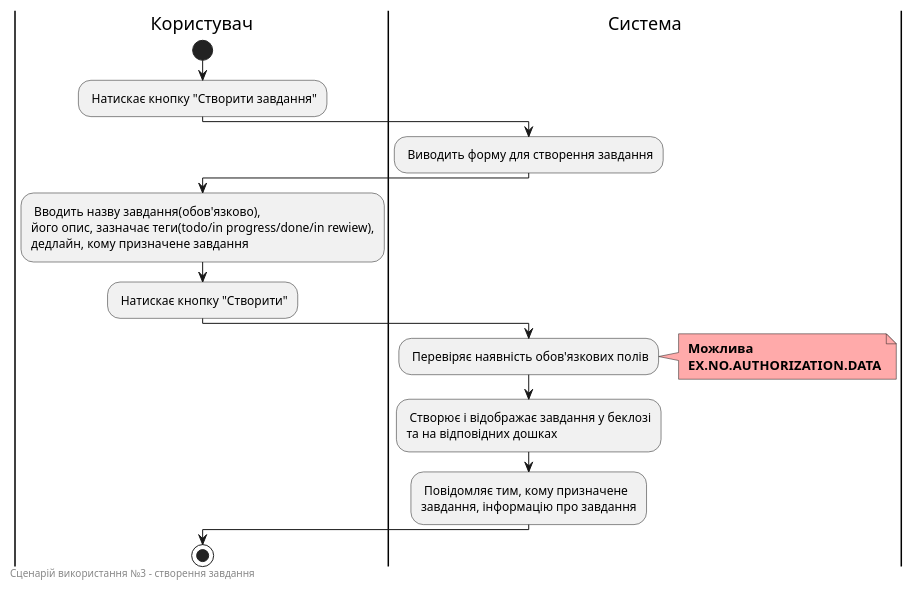
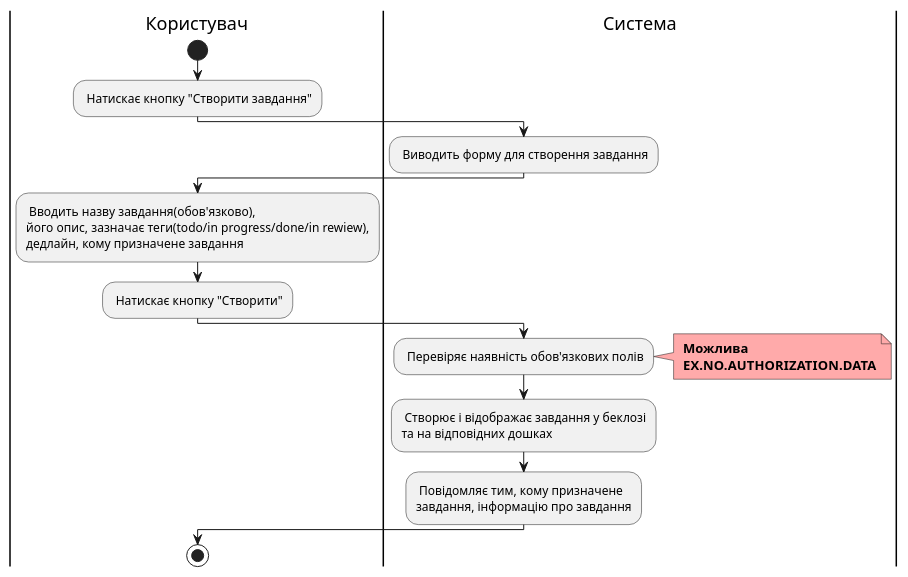
Before and after one commit to edu-db/edu_db_labs: the eighth of 15 diagrams in docs/use cases/README.md, drawn with PlantUML. The commit also changed other lines of this file and 1 other file, not shown here.

```diff
--- a/docs/use cases/README.md
+++ b/docs/use cases/README.md
@@ -332,38 +353,33 @@
 @startuml
 
     |Користувач|
         start
         : Натискає кнопку "Створити завдання";
 
     |Система|
         : Виводить форму для створення завдання;
 
     |Користувач|
         : Вводить назву завдання(обов'язково),
         його опис, зазначає теги(todo/in progress/done/in rewiew),
         дедлайн, кому призначене завдання;
         : Натискає кнопку "Створити";
 
     |Система|
         : Перевіряє наявність обов'язкових полів;
         note right #ffaaaa
         <b> Можлива
         <b> EX.NO.AUTHORIZATION.DATA
         end note
 
         
     |Система|
         : Створює і відображає завдання у беклозі 
         та на відповідних дошках;
         : Повідомляє тим, кому призначене 
         завдання, інформацію про завдання;
 
- 
     |Користувач|
         stop;
 
-    left footer
-        Сценарій використання №3 - створення завдання
-    end footer
-
 @enduml
```
